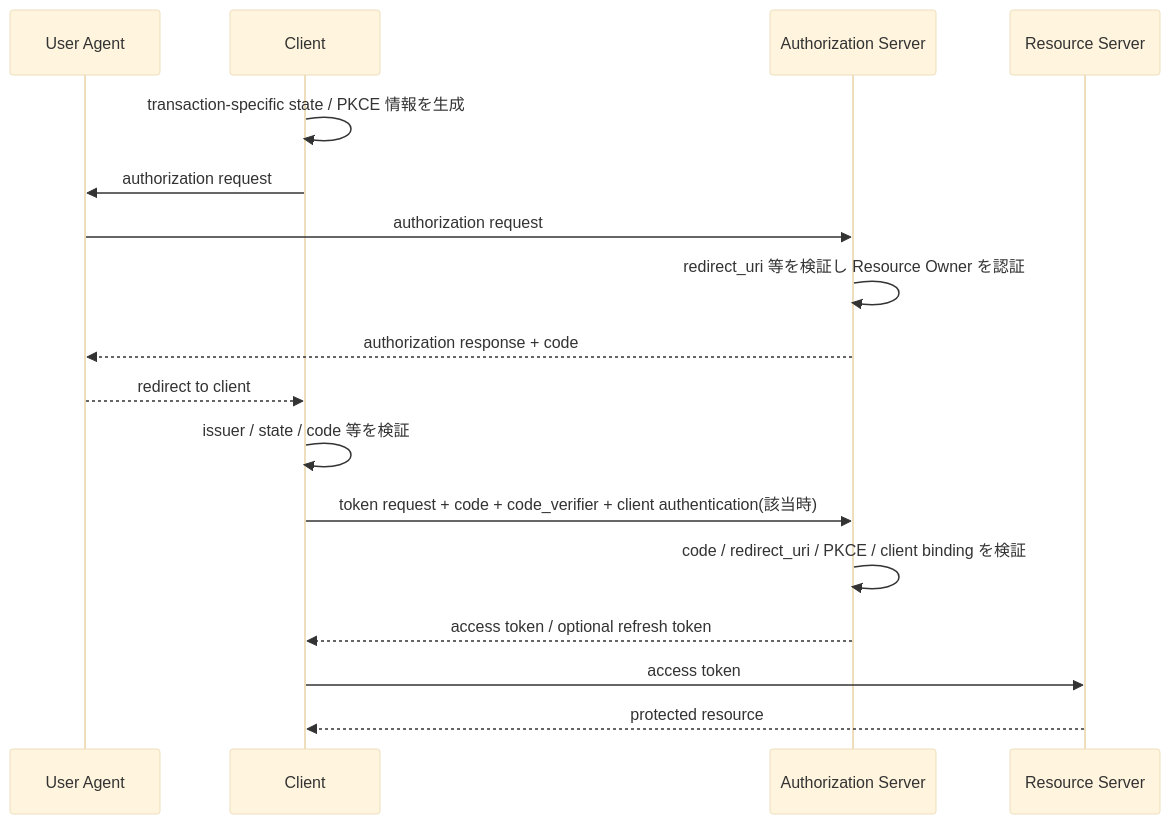
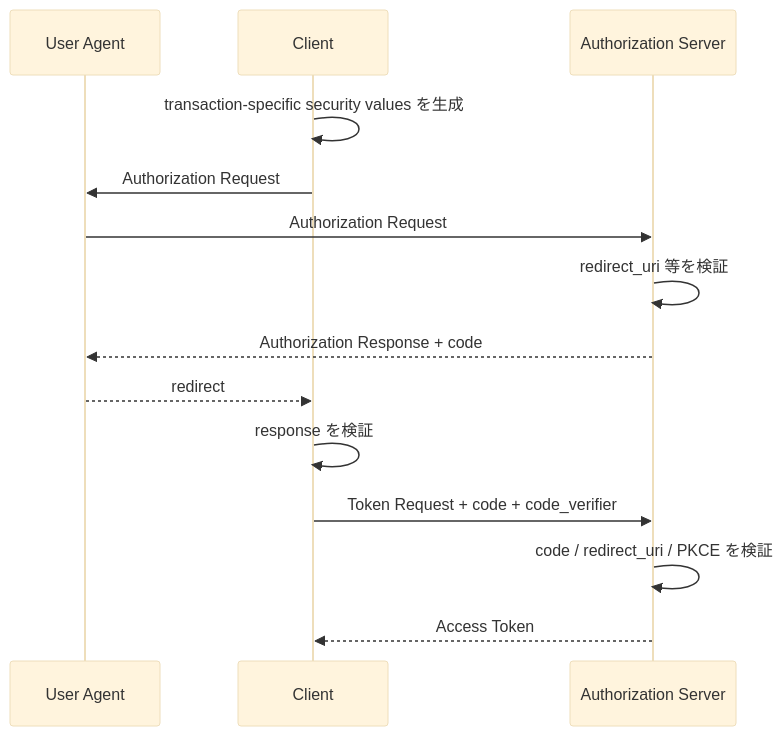
The first of 3 diagrams in _posts/2026-09-18-oauth-security-bcp-rfc9700.md (nbifrye/1548d6d9-8655-48d3-817f-d41469b6b27e), drawn with Mermaid (base theme) before and after one commit. The commit also changed other lines of this file, not shown here.

Commit message:
Focus RFC 9700 article on Authorization Code Grant security

```diff
--- a/_posts/2026-09-18-oauth-security-bcp-rfc9700.md
+++ b/_posts/2026-09-18-oauth-security-bcp-rfc9700.md
@@ -22,19 +21,16 @@
 <pre class="mermaid">
 sequenceDiagram
-    participant U as User Agent
+    participant UA as User Agent
     participant C as Client
     participant AS as Authorization Server
-    participant RS as Resource Server
-    C->>C: transaction-specific state / PKCE 情報を生成
-    C->>U: authorization request
-    U->>AS: authorization request
-    AS->>AS: redirect_uri 等を検証し Resource Owner を認証
-    AS-->>U: authorization response + code
-    U-->>C: redirect to client
-    C->>C: issuer / state / code 等を検証
-    C->>AS: token request + code + code_verifier + client authentication(該当時)
-    AS->>AS: code / redirect_uri / PKCE / client binding を検証
-    AS-->>C: access token / optional refresh token
-    C->>RS: access token
-    RS-->>C: protected resource
+    C->>C: transaction-specific security values を生成
+    C->>UA: Authorization Request
+    UA->>AS: Authorization Request
+    AS->>AS: redirect_uri 等を検証
+    AS-->>UA: Authorization Response + code
+    UA-->>C: redirect
+    C->>C: response を検証
+    C->>AS: Token Request + code + code_verifier
+    AS->>AS: code / redirect_uri / PKCE を検証
+    AS-->>C: Access Token
 </pre>
```
